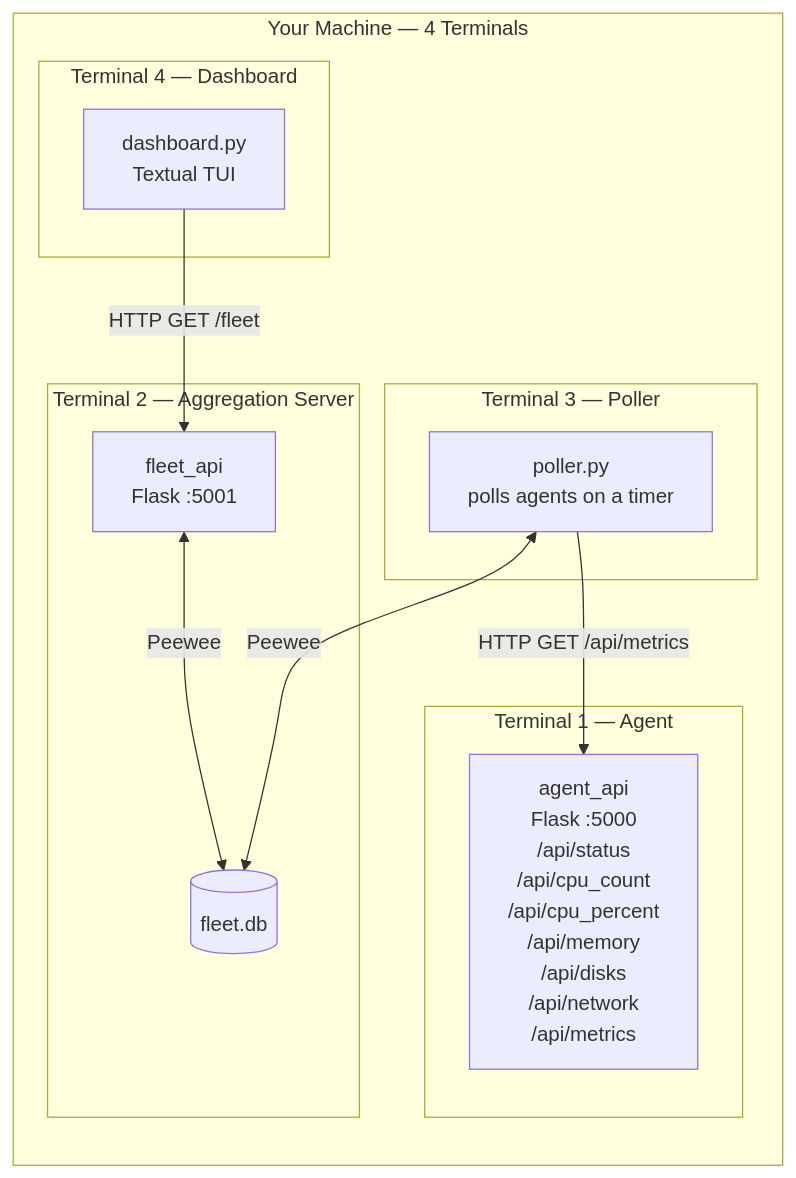
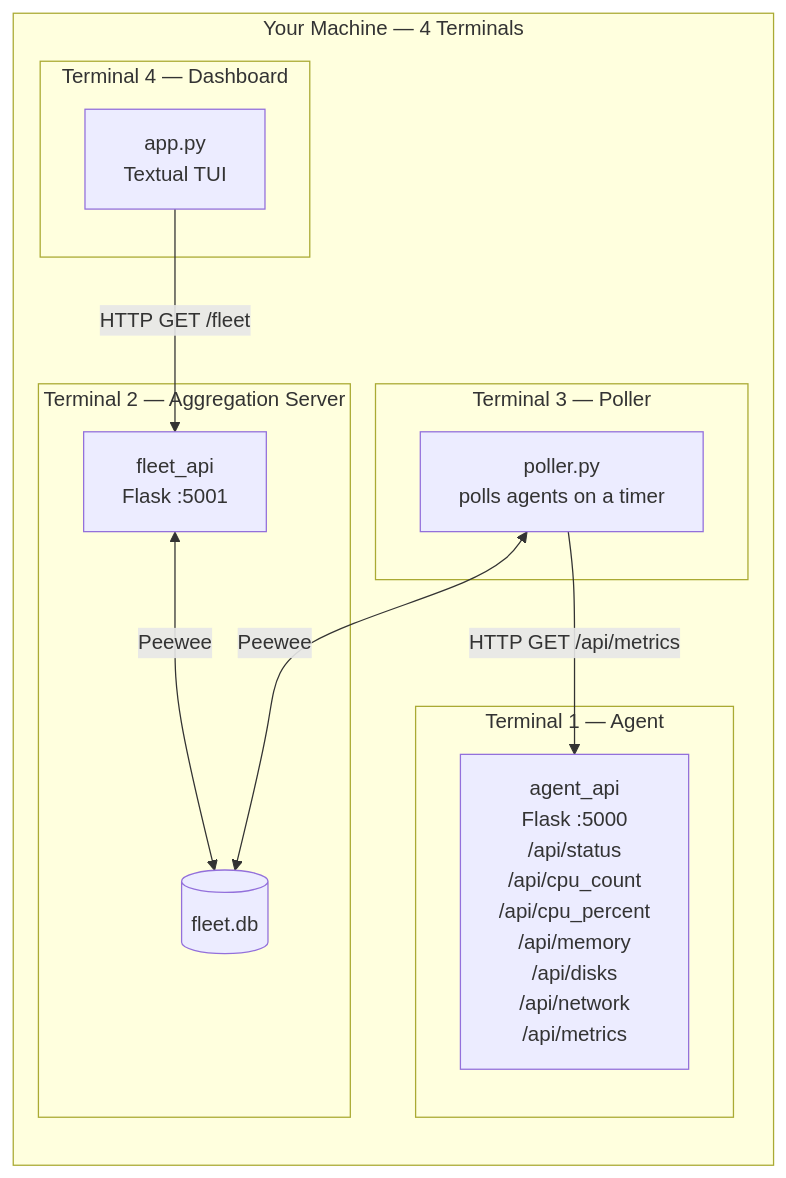
One commit to austin8s/student_notes_202610 changed the second of 6 diagrams in project/project_server_fleet_monitor_overview.md. Above: the diagram before and after it, drawn with Mermaid. The commit also changed other lines of this file and 20 other files, not shown here.

````diff
--- a/project/project_server_fleet_monitor_overview.md
+++ b/project/project_server_fleet_monitor_overview.md
@@ -76,28 +95,28 @@
 ```mermaid
 flowchart TD
     subgraph machine ["Your Machine — 4 Terminals"]
         direction TB
 
         subgraph t1 ["Terminal 1 — Agent"]
             agent["agent_api\nFlask :5000\n/api/status\n/api/cpu_count\n/api/cpu_percent\n/api/memory\n/api/disks\n/api/network\n/api/metrics"]
         end
 
         subgraph t2 ["Terminal 2 — Aggregation Server"]
             server["fleet_api\nFlask :5001"]
             db[(fleet.db)]
             server <-->|Peewee| db
         end
 
         subgraph t3 ["Terminal 3 — Poller"]
             poller["poller.py\npolls agents on a timer"]
             poller <-->|Peewee| db
         end
 
         subgraph t4 ["Terminal 4 — Dashboard"]
-            dash["dashboard.py\nTextual TUI"]
+            dash["app.py\nTextual TUI"]
         end
 
         poller -- "HTTP GET /api/metrics" --> agent
         dash -- "HTTP GET /fleet" --> server
     end
 ```
````
